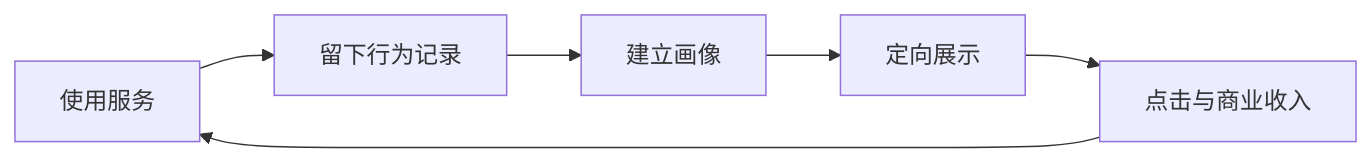
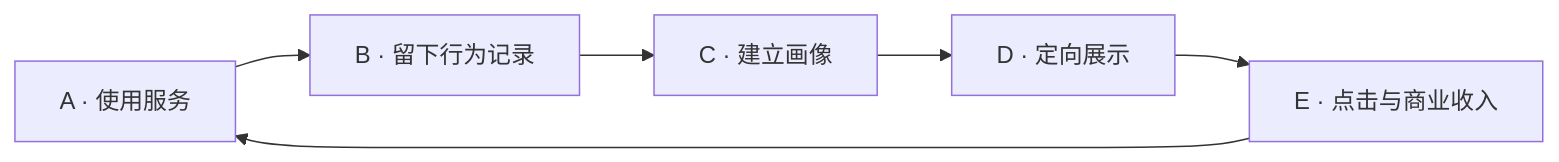
The third of 7 diagrams in IS5113_AI_Ethics_and_Regulations/notes/M06-隐私与监控-从数据采集到行为影响.md (CercaTrovato/cityu-ai-course-notes), drawn with Mermaid before and after one commit. The commit also changed other lines of this file and 104 other files, not shown here.

````diff
--- a/IS5113_AI_Ethics_and_Regulations/notes/M06-隐私与监控-从数据采集到行为影响.md
+++ b/IS5113_AI_Ethics_and_Regulations/notes/M06-隐私与监控-从数据采集到行为影响.md
@@ -703,8 +710,8 @@
 ```mermaid
 flowchart LR
- A[使用服务] --> B[留下行为记录]
- B --> C[建立画像]
- C --> D[定向展示]
- D --> E[点击与商业收入]
+ A[A · 使用服务] --> B[B · 留下行为记录]
+ B --> C[C · 建立画像]
+ C --> D[D · 定向展示]
+ D --> E[E · 点击与商业收入]
  E --> A
 ```
````
